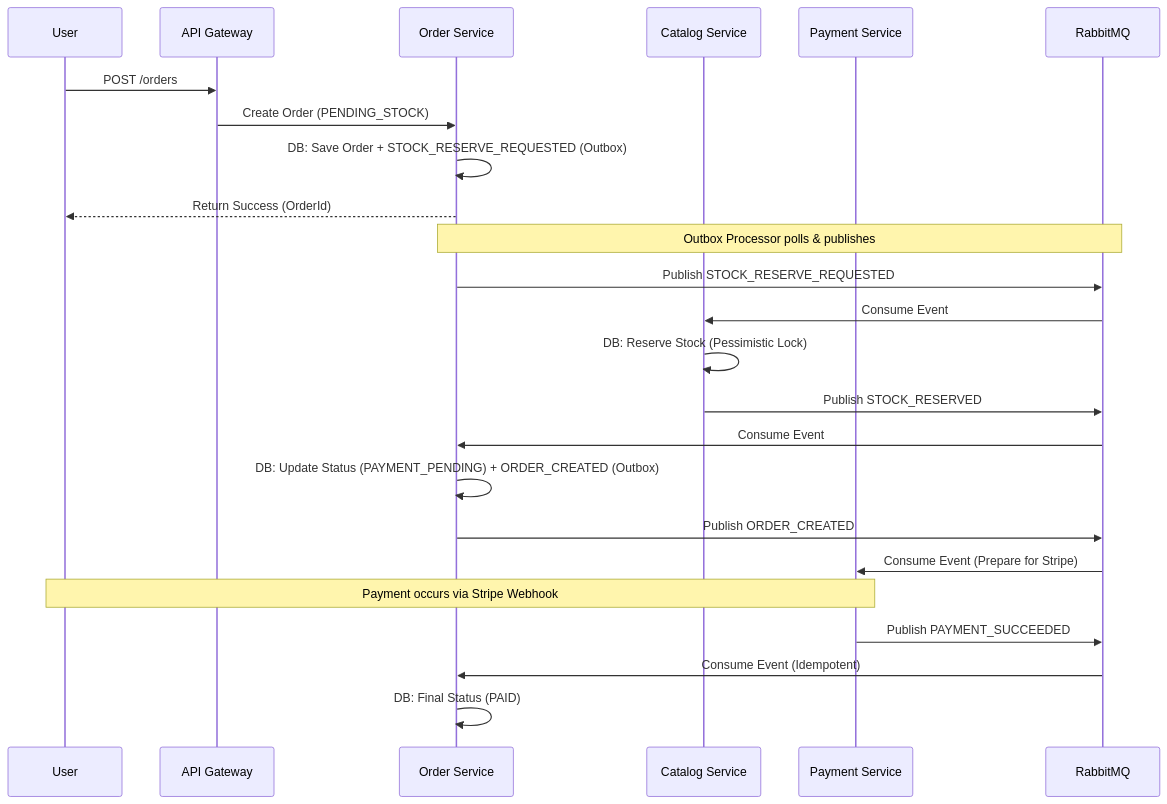
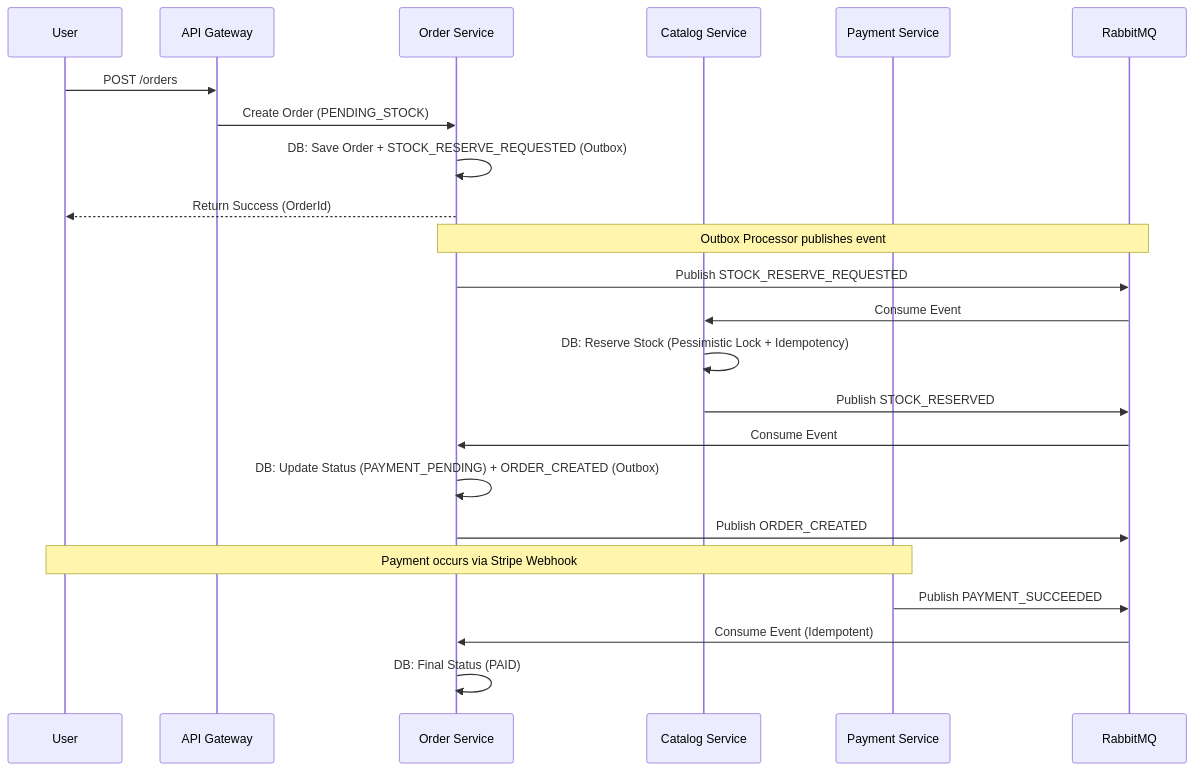
Before and after one commit to AmitxParmar/modular-mart-microservices: the second of 2 diagrams in README.md, drawn with Mermaid. The commit also changed other lines of this file and 13 other files, not shown here.

````diff
--- a/README.md
+++ b/README.md
@@ -91,32 +93,30 @@
 ```mermaid
 sequenceDiagram
     participant U as User
     participant Gateway as API Gateway
     participant Order as Order Service
     participant Catalog as Catalog Service
     participant Payment as Payment Service
     participant RMQ as RabbitMQ
 
     U->>Gateway: POST /orders
     Gateway->>Order: Create Order (PENDING_STOCK)
     Order->>Order: DB: Save Order + STOCK_RESERVE_REQUESTED (Outbox)
     Order-->>U: Return Success (OrderId)
 
-    Note over Order,RMQ: Outbox Processor polls & publishes
+    Note over Order,RMQ: Outbox Processor publishes event
     Order->>RMQ: Publish STOCK_RESERVE_REQUESTED
     RMQ->>Catalog: Consume Event
     
-    Catalog->>Catalog: DB: Reserve Stock (Pessimistic Lock)
+    Catalog->>Catalog: DB: Reserve Stock (Pessimistic Lock + Idempotency)
     Catalog->>RMQ: Publish STOCK_RESERVED
     
     RMQ->>Order: Consume Event
     Order->>Order: DB: Update Status (PAYMENT_PENDING) + ORDER_CREATED (Outbox)
     Order->>RMQ: Publish ORDER_CREATED
     
-    RMQ->>Payment: Consume Event (Prepare for Stripe)
-    
     Note over Payment,U: Payment occurs via Stripe Webhook
     Payment->>RMQ: Publish PAYMENT_SUCCEEDED
     RMQ->>Order: Consume Event (Idempotent)
     Order->>Order: DB: Final Status (PAID)
 ```
````
